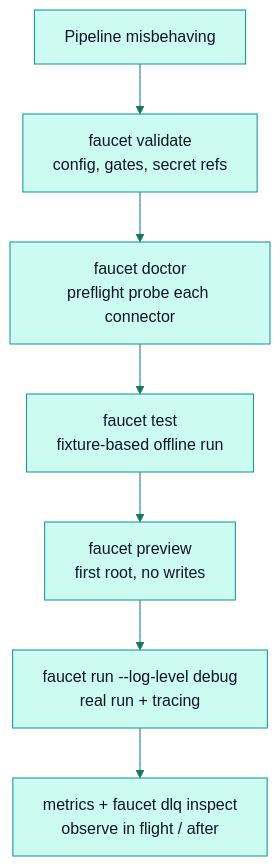
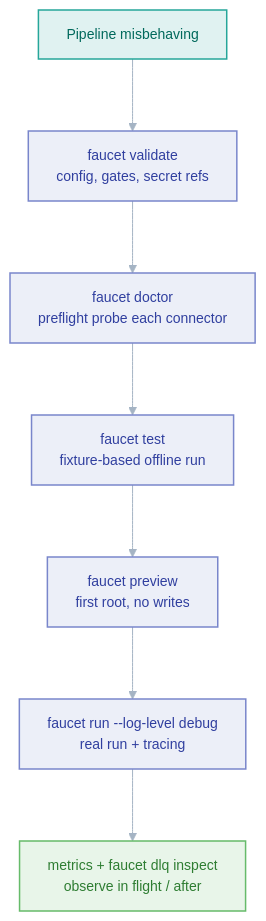
The diagram in docs/contributing/debugging.md (PawanSikawat/faucet-stream), drawn with Mermaid before and after one commit. The commit also changed 28 other files, not shown here.

First line of the commit message:
docs: upgrade Mermaid diagrams to V2 role-coded style

````diff
--- a/docs/contributing/debugging.md
+++ b/docs/contributing/debugging.md
@@ -9,10 +9,16 @@
 ```mermaid
-%%{init: {'theme':'base','themeVariables':{'primaryColor':'#ccfbf1','primaryTextColor':'#0f172a','primaryBorderColor':'#0d9488','lineColor':'#0f766e','secondaryColor':'#e0f2fe','tertiaryColor':'#f0fdfa','fontFamily':'-apple-system,BlinkMacSystemFont,Segoe UI,sans-serif'}}}%%
+%%{init: {'theme':'base','flowchart':{'curve':'basis','nodeSpacing':50,'rankSpacing':72,'padding':14},'themeVariables':{'fontFamily':'-apple-system,BlinkMacSystemFont,Segoe UI,sans-serif','fontSize':'14px','lineColor':'#a5b4c4','clusterBkg':'#f8fafc','clusterBorder':'#e2e8f0'}}}%%
 flowchart TD
     A["Pipeline misbehaving"] --> B["faucet validate<br/>config, gates, secret refs"]
     B --> C["faucet doctor<br/>preflight probe each connector"]
     C --> D["faucet test<br/>fixture-based offline run"]
     D --> E["faucet preview<br/>first root, no writes"]
     E --> F["faucet run --log-level debug<br/>real run + tracing"]
     F --> G["metrics + faucet dlq inspect<br/>observe in flight / after"]
+    classDef src fill:#e0f2f1,stroke:#26a69a,stroke-width:1.5px,color:#00695c
+    classDef proc fill:#eceff8,stroke:#7986cb,stroke-width:1.5px,color:#303f9f
+    classDef good fill:#e8f5e9,stroke:#66bb6a,stroke-width:1.5px,color:#2e7d32
+    class A src
+    class B,C,D,E,F proc
+    class G good
 ```
````
